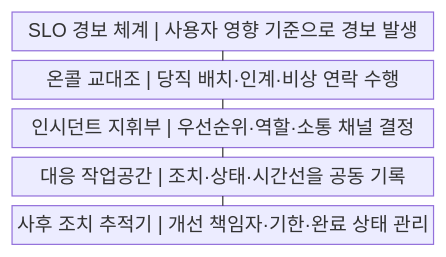
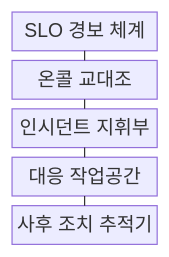
The first of 2 diagrams in src/content/docs/notes/03-software/214_sre_oncall_incident_management.md (agnusdei1207/knowledge-base), drawn with Mermaid before and after one commit. The commit also changed other lines of this file and 238 other files, not shown here.

````diff
--- a/src/content/docs/notes/03-software/214_sre_oncall_incident_management.md
+++ b/src/content/docs/notes/03-software/214_sre_oncall_incident_management.md
@@ -52,13 +52,13 @@
 ```mermaid
-block
+block-beta
     columns 1
-    A["SLO 경보 체계 | 사용자 영향 기준으로 경보 발생"]
-    B["온콜 교대조 | 당직 배치·인계·비상 연락 수행"]
-    C["인시던트 지휘부 | 우선순위·역할·소통 채널 결정"]
-    D["대응 작업공간 | 조치·상태·시간선을 공동 기록"]
-    E["사후 조치 추적기 | 개선 책임자·기한·완료 상태 관리"]
+    A["SLO 경보 체계"]
+    B["온콜 교대조"]
+    C["인시던트 지휘부"]
+    D["대응 작업공간"]
+    E["사후 조치 추적기"]
     A --- B
     B --- C
     C --- D
     D --- E
 ```
````
